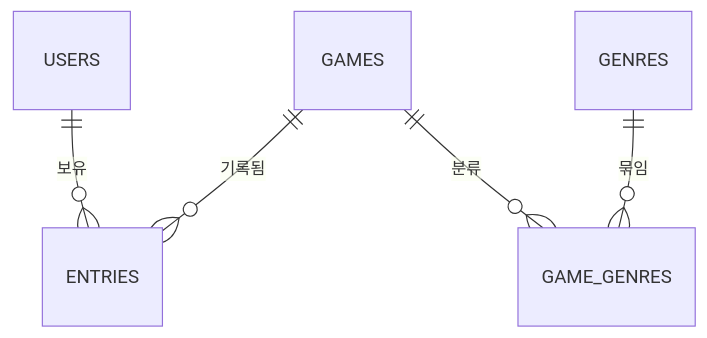
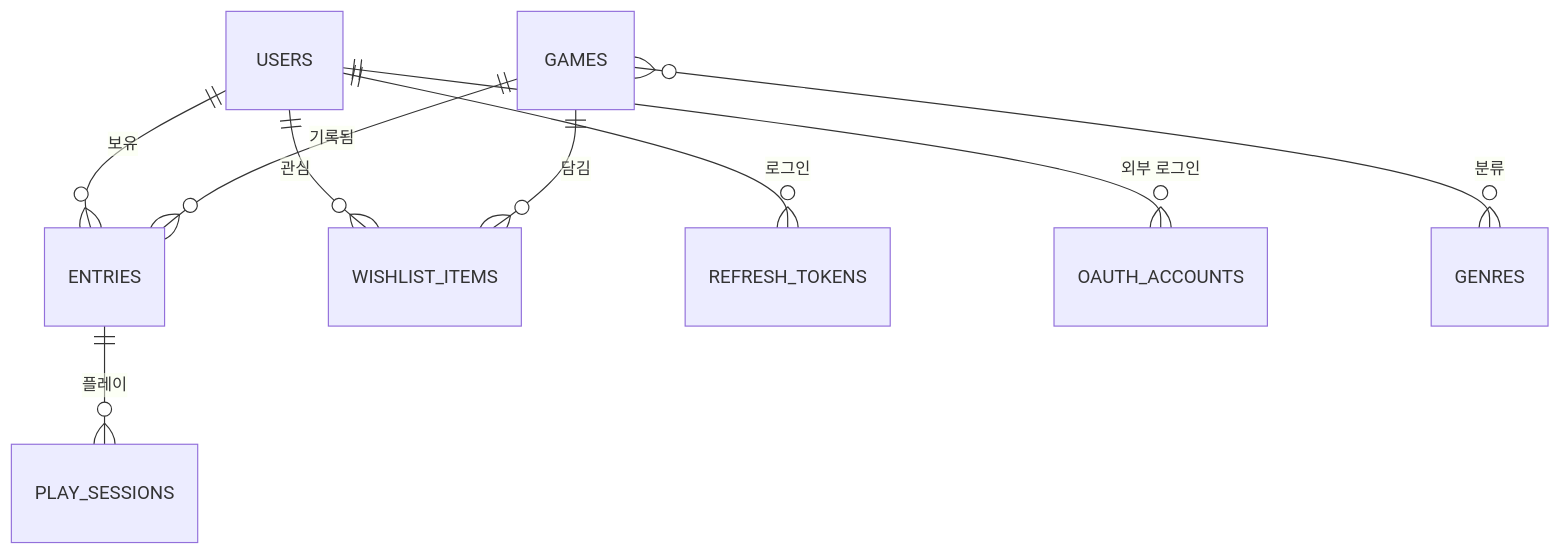
The third of 3 diagrams in README.md (sagming40/PlayLedger), drawn with Mermaid before and after one commit. The commit also changed other lines of this file and 7 other files, not shown here.

````diff
--- a/README.md
+++ b/README.md
@@ -125,7 +150,11 @@
 ```mermaid
 erDiagram
   USERS ||--o{ ENTRIES : "보유"
+  USERS ||--o{ WISHLIST_ITEMS : "관심"
+  USERS ||--o{ REFRESH_TOKENS : "로그인"
+  USERS ||--o{ OAUTH_ACCOUNTS : "외부 로그인"
   GAMES ||--o{ ENTRIES : "기록됨"
-  GAMES ||--o{ GAME_GENRES : "분류"
-  GENRES ||--o{ GAME_GENRES : "묶임"
+  GAMES ||--o{ WISHLIST_ITEMS : "담김"
+  GAMES }o--o{ GENRES : "분류"
+  ENTRIES ||--o{ PLAY_SESSIONS : "플레이"
 ```
````
